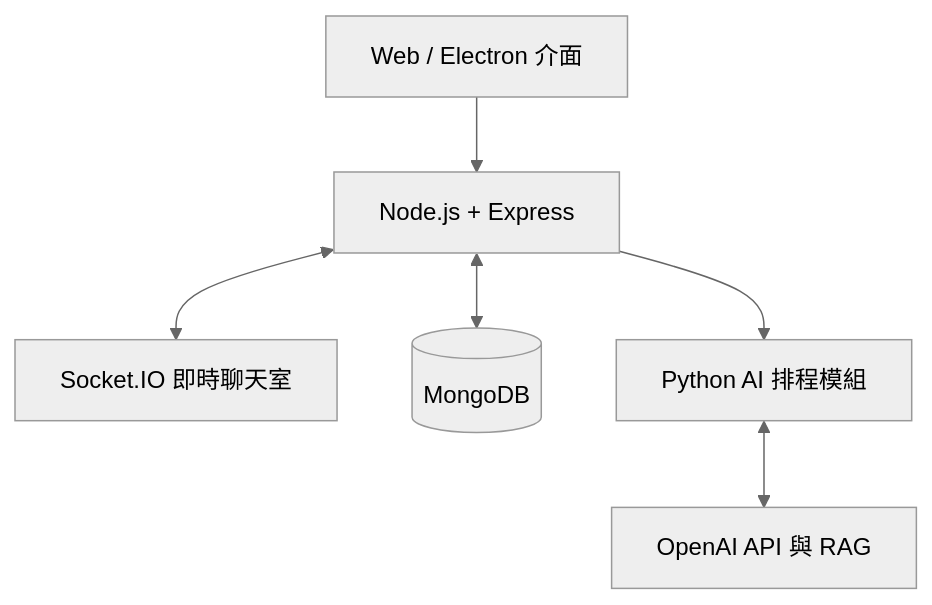
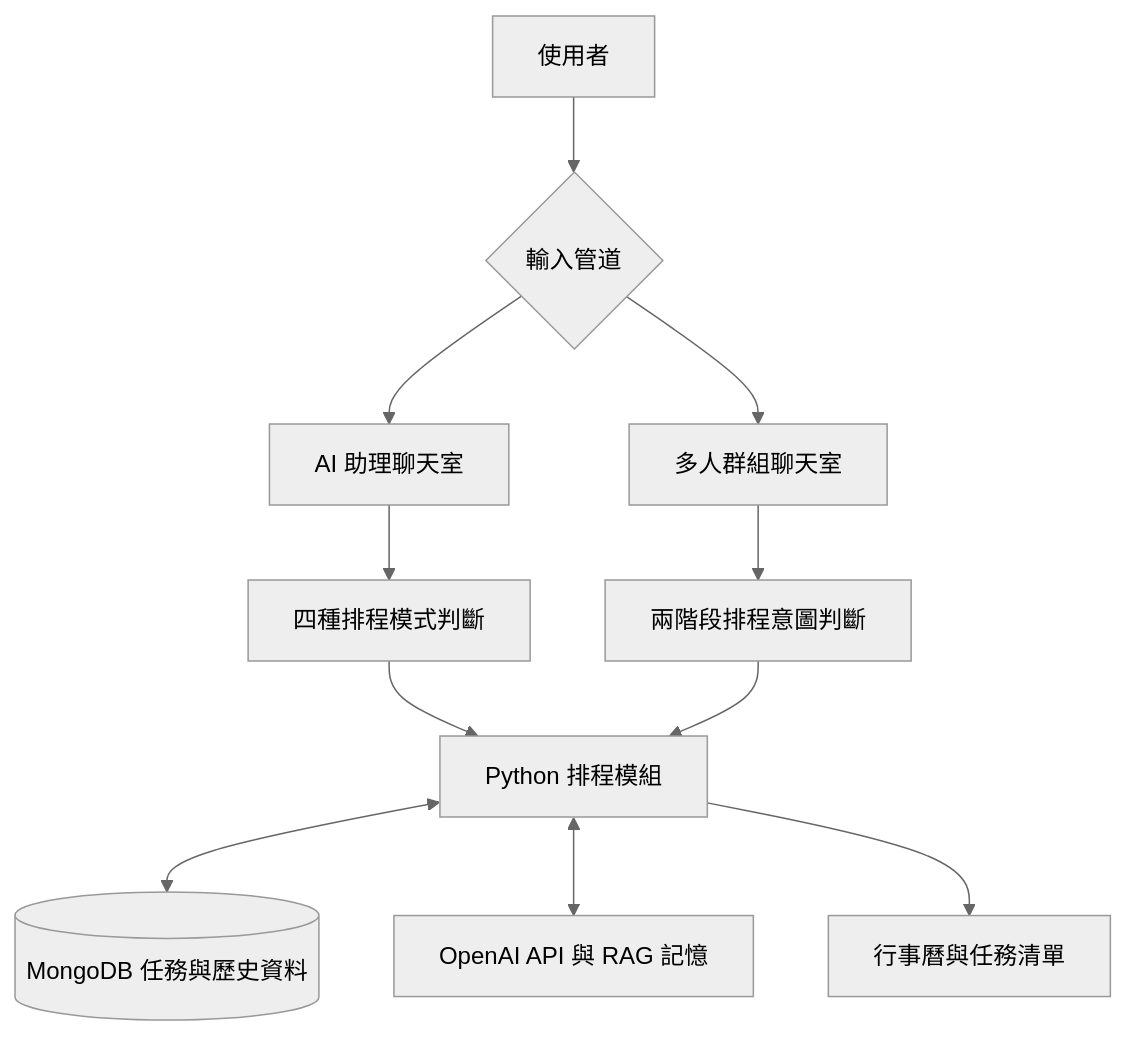
The diagram in README.md (dfn0519/AI-smart-collaboration-scheduler), drawn with Mermaid (neutral theme) before and after one commit. The commit also changed other lines of this file, not shown here.

````diff
--- a/README.md
+++ b/README.md
@@ -18,8 +58,13 @@
 ```mermaid
 flowchart TD
-    A[Web / Electron 介面] --> B[Node.js + Express]
-    B <--> C[Socket.IO 即時聊天室]
-    B <--> D[(MongoDB)]
-    B --> E[Python AI 排程模組]
-    E <--> F[OpenAI API 與 RAG]
+    A[使用者] --> B{輸入管道}
+    B --> C[AI 助理聊天室]
+    B --> D[多人群組聊天室]
+    C --> E[四種排程模式判斷]
+    D --> F[兩階段排程意圖判斷]
+    E --> G[Python 排程模組]
+    F --> G
+    G <--> H[(MongoDB 任務與歷史資料)]
+    G <--> I[OpenAI API 與 RAG 記憶]
+    G --> J[行事曆與任務清單]
 ```
````
